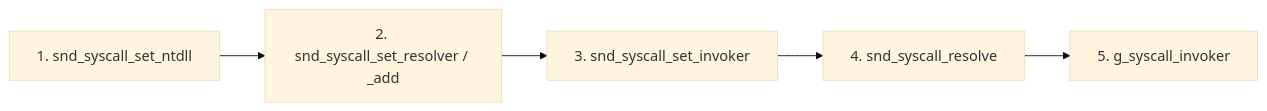
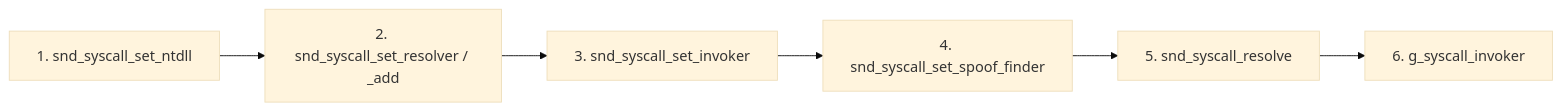
Before and after one commit to youssefnoob003/SindriKit: the diagram in docs/domains/primitives/syscalls/pipeline.md, drawn with Mermaid (base theme). The commit also changed other lines of this file and 20 other files, not shown here.

````diff
--- a/docs/domains/primitives/syscalls/pipeline.md
+++ b/docs/domains/primitives/syscalls/pipeline.md
@@ -11,7 +11,8 @@
 ```mermaid
 flowchart LR
     A["1. snd_syscall_set_ntdll"] --> B["2. snd_syscall_set_resolver / _add"]
     B --> C["3. snd_syscall_set_invoker"]
-    C --> D["4. snd_syscall_resolve"]
-    D --> E["5. g_syscall_invoker"]
+    C --> D["4. snd_syscall_set_spoof_finder"]
+    D --> E["5. snd_syscall_resolve"]
+    E --> F["6. g_syscall_invoker"]
 ```
````
